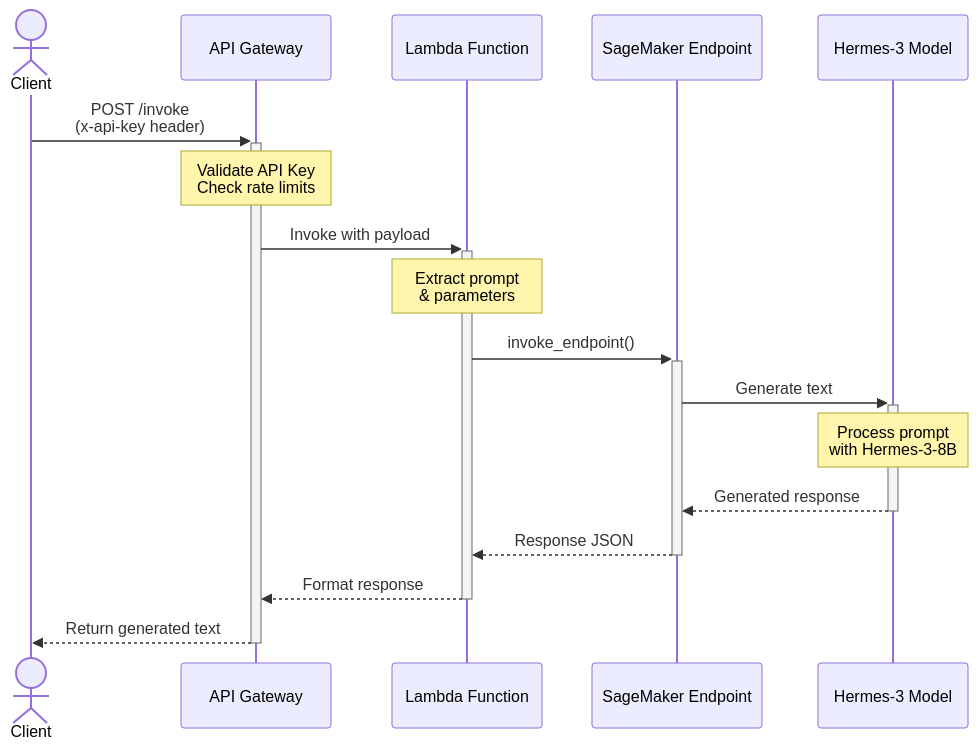
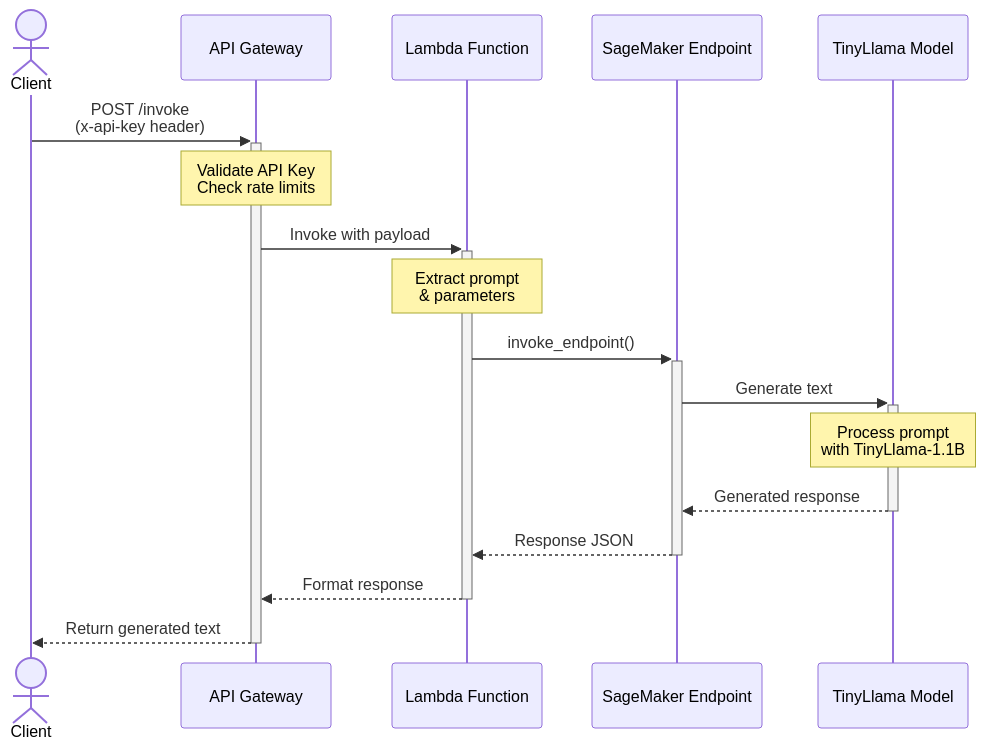
Before and after one commit to bayesjumping/slm_sagemaker: the second of 2 diagrams in readme.md, drawn with Mermaid. The commit also changed other lines of this file and 9 other files, not shown here.

First line of the commit message:
feat: Update deployment to use TinyLlama-1.1B-Chat model with SageMaker

````diff
--- a/readme.md
+++ b/readme.md
@@ -44,20 +44,20 @@
 ```mermaid
 sequenceDiagram
     actor Client
     participant API as API Gateway
     participant Lambda as Lambda Function
     participant SageMaker as SageMaker Endpoint
-    participant Model as Hermes-3 Model
+    participant Model as TinyLlama Model
 
     Client->>+API: POST /invoke<br/>(x-api-key header)
     Note over API: Validate API Key<br/>Check rate limits
     API->>+Lambda: Invoke with payload
     Note over Lambda: Extract prompt<br/>& parameters
     Lambda->>+SageMaker: invoke_endpoint()
     SageMaker->>+Model: Generate text
-    Note over Model: Process prompt<br/>with Hermes-3-8B
+    Note over Model: Process prompt<br/>with TinyLlama-1.1B
     Model-->>-SageMaker: Generated response
     SageMaker-->>-Lambda: Response JSON
     Lambda-->>-API: Format response
     API-->>-Client: Return generated text
 ```
````
